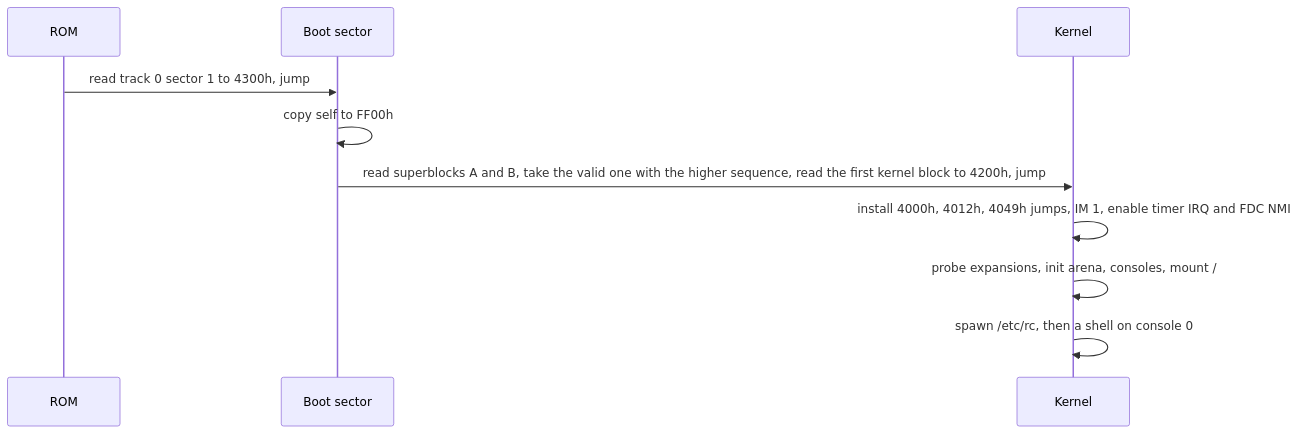
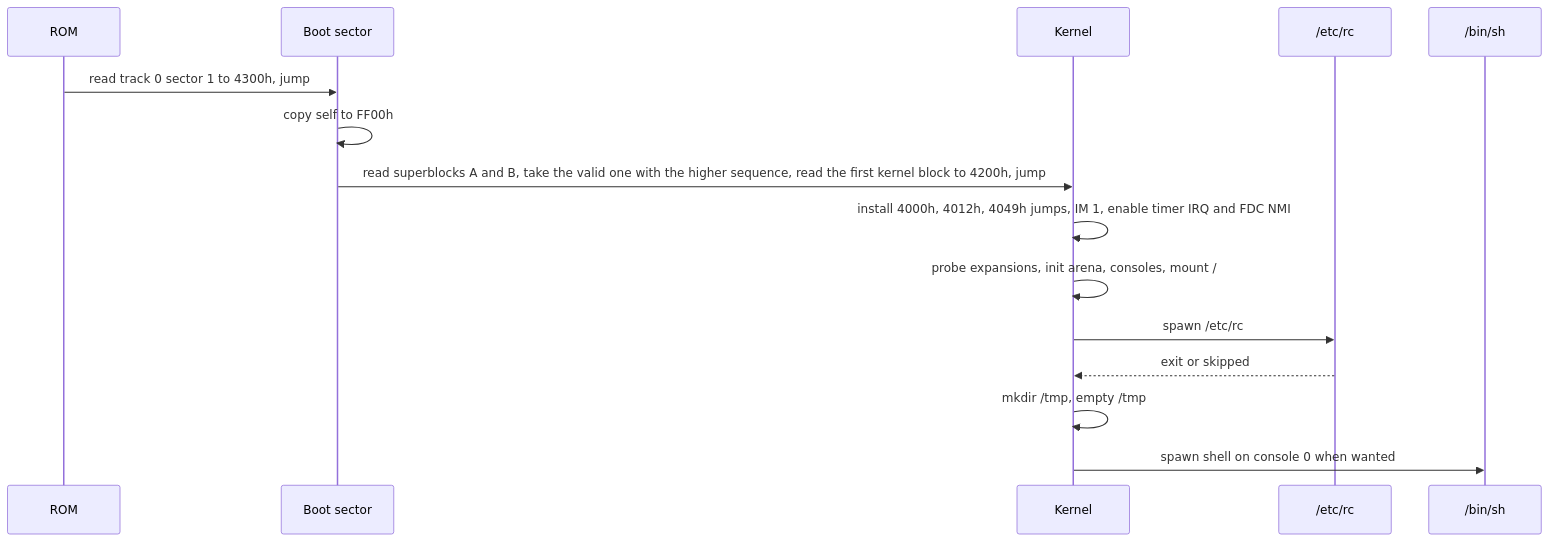
One commit to fredimachado/cp500-os changed the diagram in docs/design.md. Above: the diagram before and after it, drawn with Mermaid. The commit also changed other lines of this file and 35 other files, not shown here.

````diff
--- a/docs/design.md
+++ b/docs/design.md
@@ -870,12 +919,17 @@
 ```mermaid
 sequenceDiagram
     participant ROM
     participant Boot as Boot sector
     participant Kernel
+    participant RC as /etc/rc
+    participant Shell as /bin/sh
     ROM->>Boot: read track 0 sector 1 to 4300h, jump
     Boot->>Boot: copy self to FF00h
     Boot->>Kernel: read superblocks A and B, take the valid one with the higher sequence, read the first kernel block to 4200h, jump
     Kernel->>Kernel: install 4000h, 4012h, 4049h jumps, IM 1, enable timer IRQ and FDC NMI
     Kernel->>Kernel: probe expansions, init arena, consoles, mount /
-    Kernel->>Kernel: spawn /etc/rc, then a shell on console 0
+    Kernel->>RC: spawn /etc/rc
+    RC-->>Kernel: exit or skipped
+    Kernel->>Kernel: mkdir /tmp, empty /tmp
+    Kernel->>Shell: spawn shell on console 0 when wanted
 ```
````
